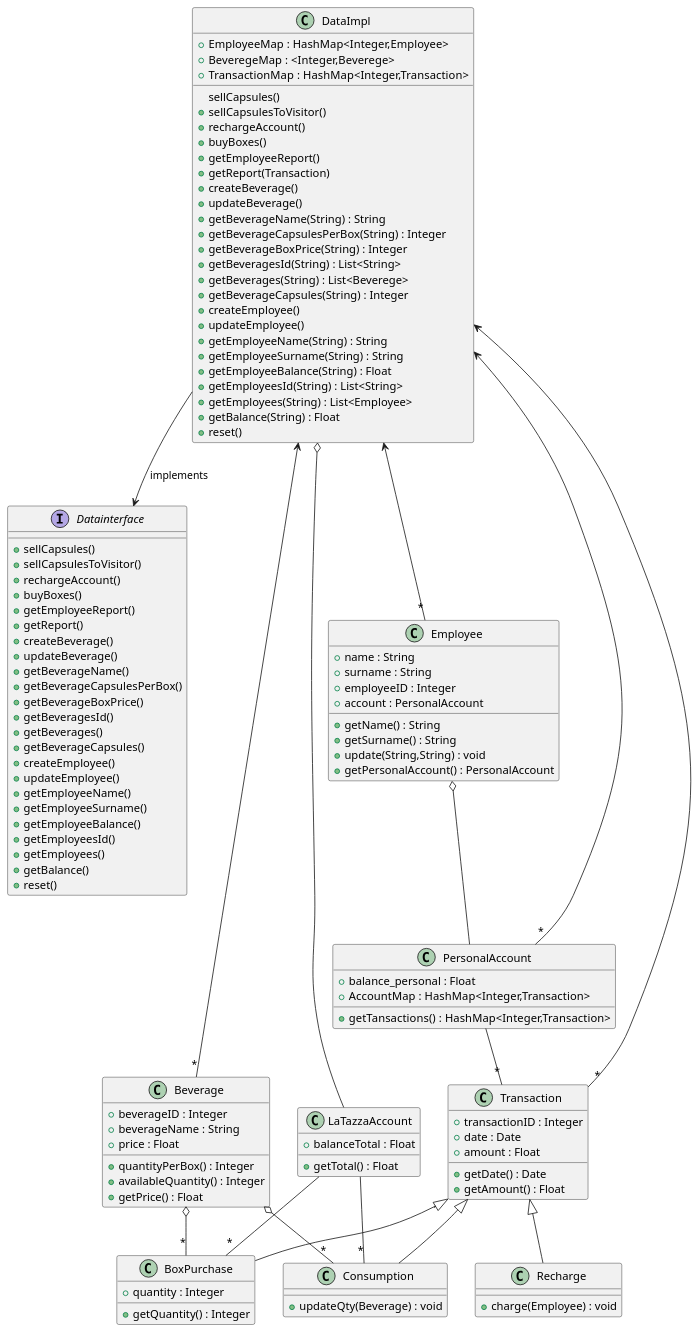
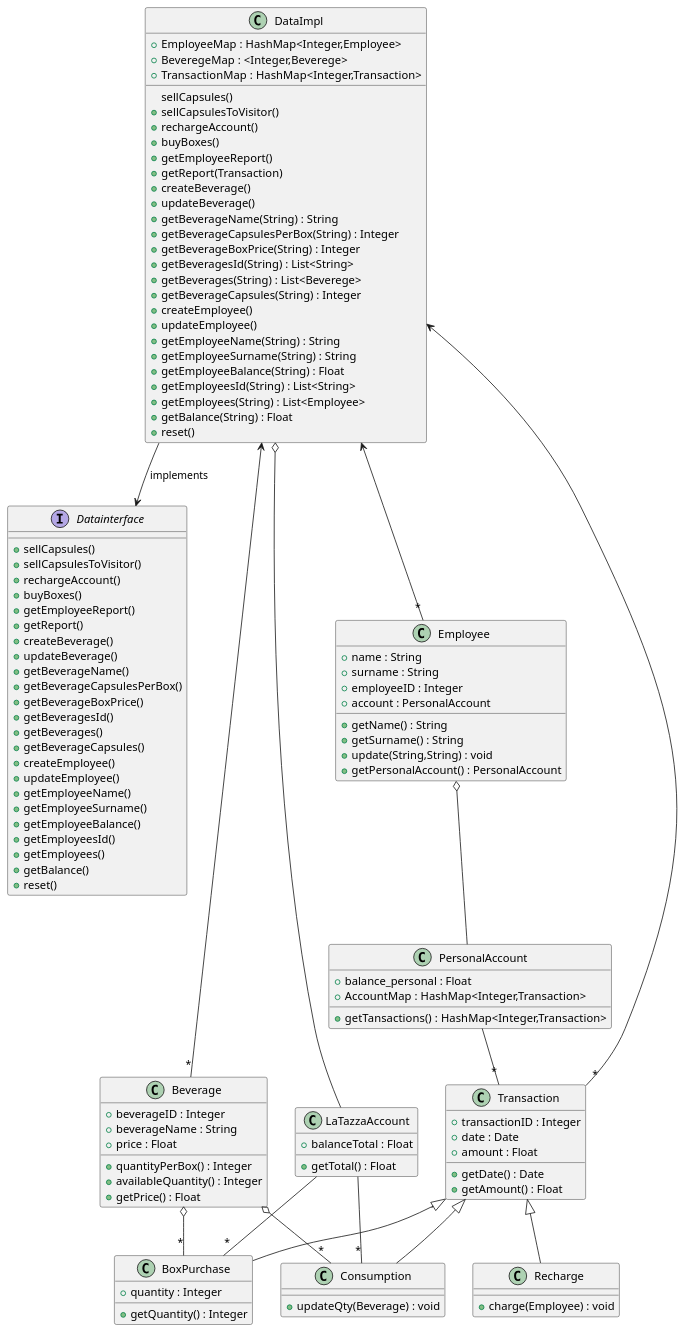
The third of 7 diagrams in templates/DesignDocumentTemplate.md (salvatore-dimartino/LaTazza), drawn with PlantUML before and after one commit.

```diff
--- a/templates/DesignDocumentTemplate.md
+++ b/templates/DesignDocumentTemplate.md
@@ -139,8 +139,6 @@
     
     +getTansactions() : HashMap<Integer,Transaction>
 }
-
-PersonalAccount "*" --> DataImpl
 
 class LaTazzaAccount {
     +balanceTotal : Float
```
